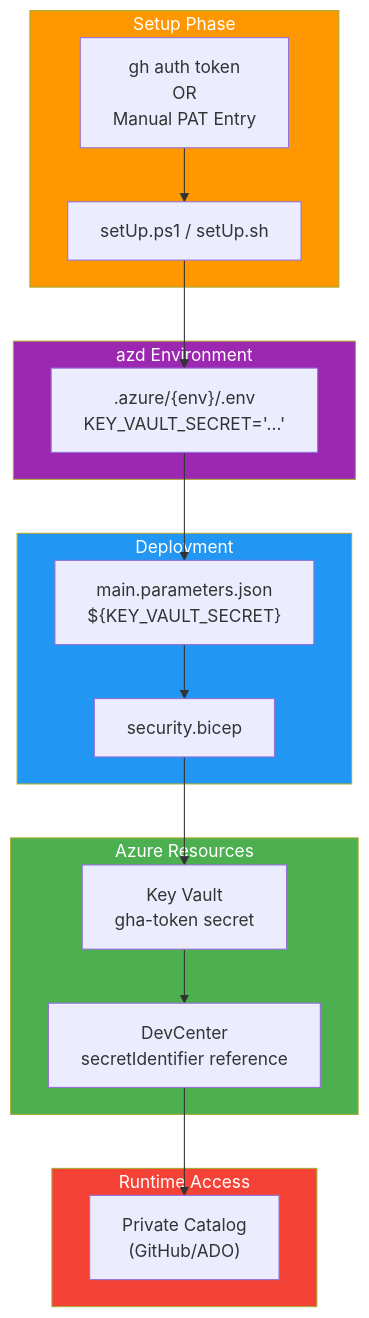
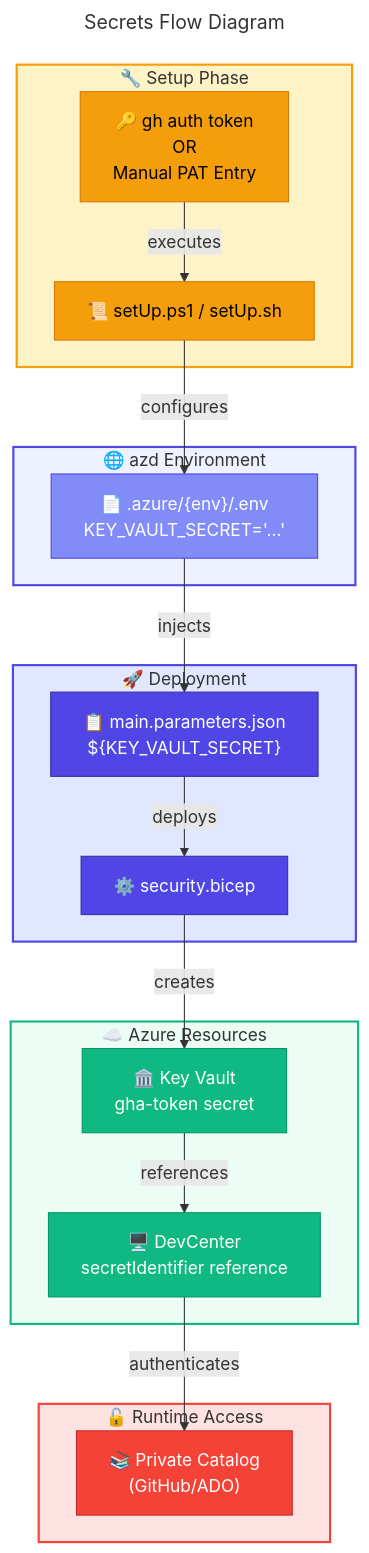
The seventh of 7 diagrams in docs/architecture/02-data-architecture.md (Evilazaro/DevExp-DevBox), drawn with Mermaid before and after one commit. The commit also changed other lines of this file and 2 other files, not shown here.

Commit message:
Enhance documentation for architecture files by adding titles to diagrams, improving section titles, and incorporating emojis for better clarity and navigation.

````diff
--- a/docs/architecture/02-data-architecture.md
+++ b/docs/architecture/02-data-architecture.md
@@ -575,37 +633,61 @@
 ```mermaid
+---
+title: Secrets Flow Diagram
+---
 flowchart TB
-    subgraph Setup["Setup Phase"]
-        CLI["gh auth token\nOR\nManual PAT Entry"]
-        PS["setUp.ps1 / setUp.sh"]
+    %% ===== SETUP PHASE =====
+    subgraph Setup["🔧 Setup Phase"]
+        CLI["🔑 gh auth token<br/>OR<br/>Manual PAT Entry"]
+        PS["📜 setUp.ps1 / setUp.sh"]
     end
     
-    subgraph AZD["azd Environment"]
-        ENV[".azure/{env}/.env\nKEY_VAULT_SECRET='...'"]
+    %% ===== AZD ENVIRONMENT =====
+    subgraph AZD["🌐 azd Environment"]
+        ENV["📄 .azure/{env}/.env<br/>KEY_VAULT_SECRET='...'"]
     end
     
-    subgraph Deploy["Deployment"]
-        PARAMS["main.parameters.json\n${KEY_VAULT_SECRET}"]
-        BICEP["security.bicep"]
+    %% ===== DEPLOYMENT =====
+    subgraph Deploy["🚀 Deployment"]
+        PARAMS["📋 main.parameters.json<br/>${KEY_VAULT_SECRET}"]
+        BICEP["⚙️ security.bicep"]
     end
     
-    subgraph Azure["Azure Resources"]
-        KV["Key Vault\ngha-token secret"]
-        DC["DevCenter\nsecretIdentifier reference"]
+    %% ===== AZURE RESOURCES =====
+    subgraph Azure["☁️ Azure Resources"]
+        KV["🏛️ Key Vault<br/>gha-token secret"]
+        DC["🖥️ DevCenter<br/>secretIdentifier reference"]
     end
     
-    subgraph Access["Runtime Access"]
-        CAT["Private Catalog\n(GitHub/ADO)"]
+    %% ===== RUNTIME ACCESS =====
+    subgraph Access["🔓 Runtime Access"]
+        CAT["📚 Private Catalog<br/>(GitHub/ADO)"]
     end
     
-    CLI --> PS --> ENV
-    ENV --> PARAMS --> BICEP
-    BICEP --> KV
-    KV --> DC
-    DC --> CAT
+    %% ===== CONNECTIONS =====
+    CLI -->|executes| PS
+    PS -->|configures| ENV
+    ENV -->|injects| PARAMS
+    PARAMS -->|deploys| BICEP
+    BICEP -->|creates| KV
+    KV -->|references| DC
+    DC -->|authenticates| CAT
     
-    style Setup fill:#FF9800,color:#fff
-    style AZD fill:#9C27B0,color:#fff
-    style Deploy fill:#2196F3,color:#fff
-    style Azure fill:#4CAF50,color:#fff
-    style Access fill:#F44336,color:#fff
+    %% ===== STYLES =====
+    classDef datastore fill:#F59E0B,stroke:#D97706,color:#000000
+    classDef trigger fill:#818CF8,stroke:#4F46E5,color:#FFFFFF
+    classDef primary fill:#4F46E5,stroke:#3730A3,color:#FFFFFF
+    classDef secondary fill:#10B981,stroke:#059669,color:#FFFFFF
+    classDef failed fill:#F44336,stroke:#C62828,color:#FFFFFF
+    
+    class CLI,PS datastore
+    class ENV trigger
+    class PARAMS,BICEP primary
+    class KV,DC secondary
+    class CAT failed
+    
+    style Setup fill:#FEF3C7,stroke:#F59E0B,stroke-width:2px
+    style AZD fill:#EEF2FF,stroke:#4F46E5,stroke-width:2px
+    style Deploy fill:#E0E7FF,stroke:#4F46E5,stroke-width:2px
+    style Azure fill:#ECFDF5,stroke:#10B981,stroke-width:2px
+    style Access fill:#FEE2E2,stroke:#F44336,stroke-width:2px
 ```
````
